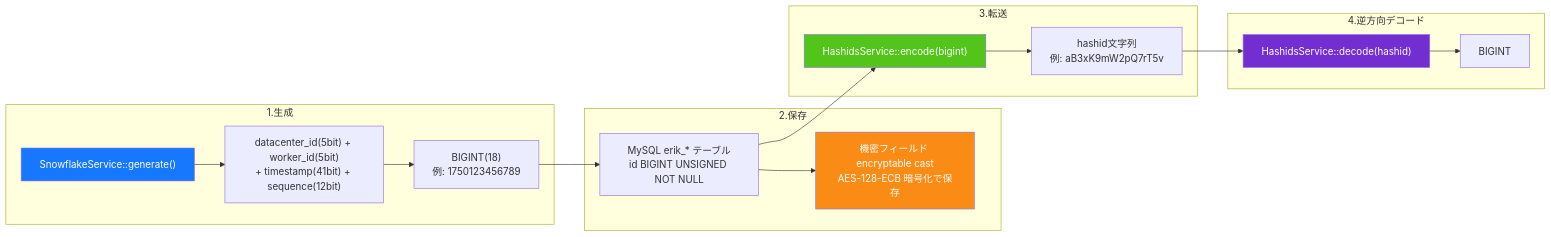
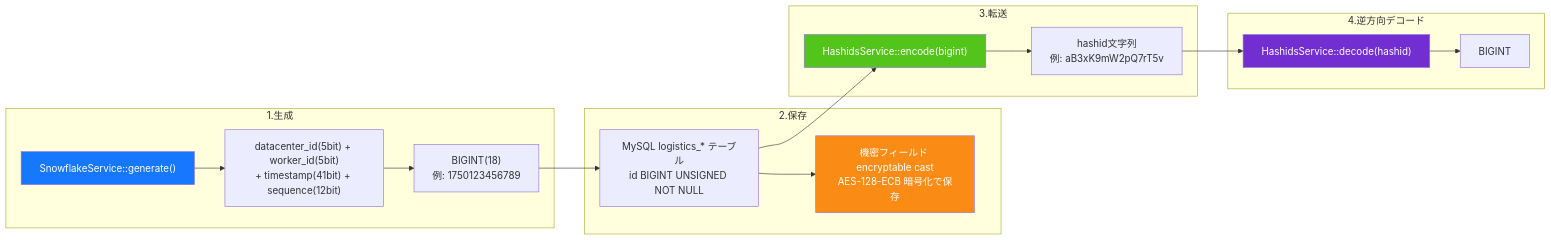
One commit to erikwang2013/integrated-global-logistics changed the diagram in admin/docs/diagrams/06-id-lifecycle.ja.md. Above: the diagram before and after it, drawn with Mermaid. The commit also changed 211 other files, not shown here.

````diff
--- a/admin/docs/diagrams/06-id-lifecycle.ja.md
+++ b/admin/docs/diagrams/06-id-lifecycle.ja.md
@@ -7,32 +7,32 @@
 ```mermaid
 flowchart LR
     subgraph gen["1.生成"]
         g1["SnowflakeService::generate()"]
         g2["datacenter_id(5bit) + worker_id(5bit)<br/>+ timestamp(41bit) + sequence(12bit)"]
         g3["BIGINT(18)<br/>例: 1750123456789"]
         g1 --> g2 --> g3
     end
 
     subgraph store["2.保存"]
-        s1["MySQL erik_* テーブル<br/>id BIGINT UNSIGNED NOT NULL"]
+        s1["MySQL logistics_* テーブル<br/>id BIGINT UNSIGNED NOT NULL"]
         s2["機密フィールド encryptable cast<br/>AES-128-ECB 暗号化で保存"]
         g3 --> s1 --> s2
     end
 
     subgraph transfer["3.転送"]
         t1["HashidsService::encode(bigint)"]
         t2["hashid文字列<br/>例: aB3xK9mW2pQ7rT5v"]
         s1 --> t1 --> t2
     end
 
     subgraph reverse["4.逆方向デコード"]
         r1["HashidsService::decode(hashid)"]
         r2["BIGINT"]
         t2 --> r1 --> r2
     end
 
     style g1 fill:#1677FF,color:#fff
     style s2 fill:#FA8C16,color:#fff
     style t1 fill:#52C41A,color:#fff
     style r1 fill:#722ED1,color:#fff
 ```
````
